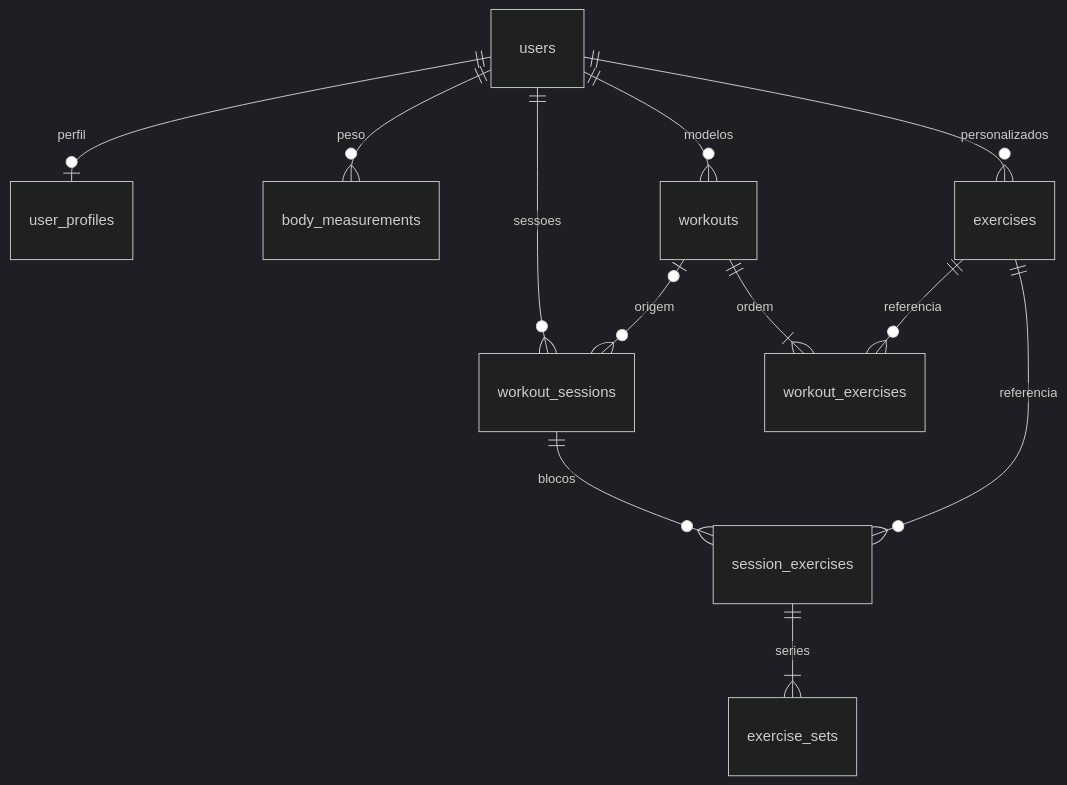
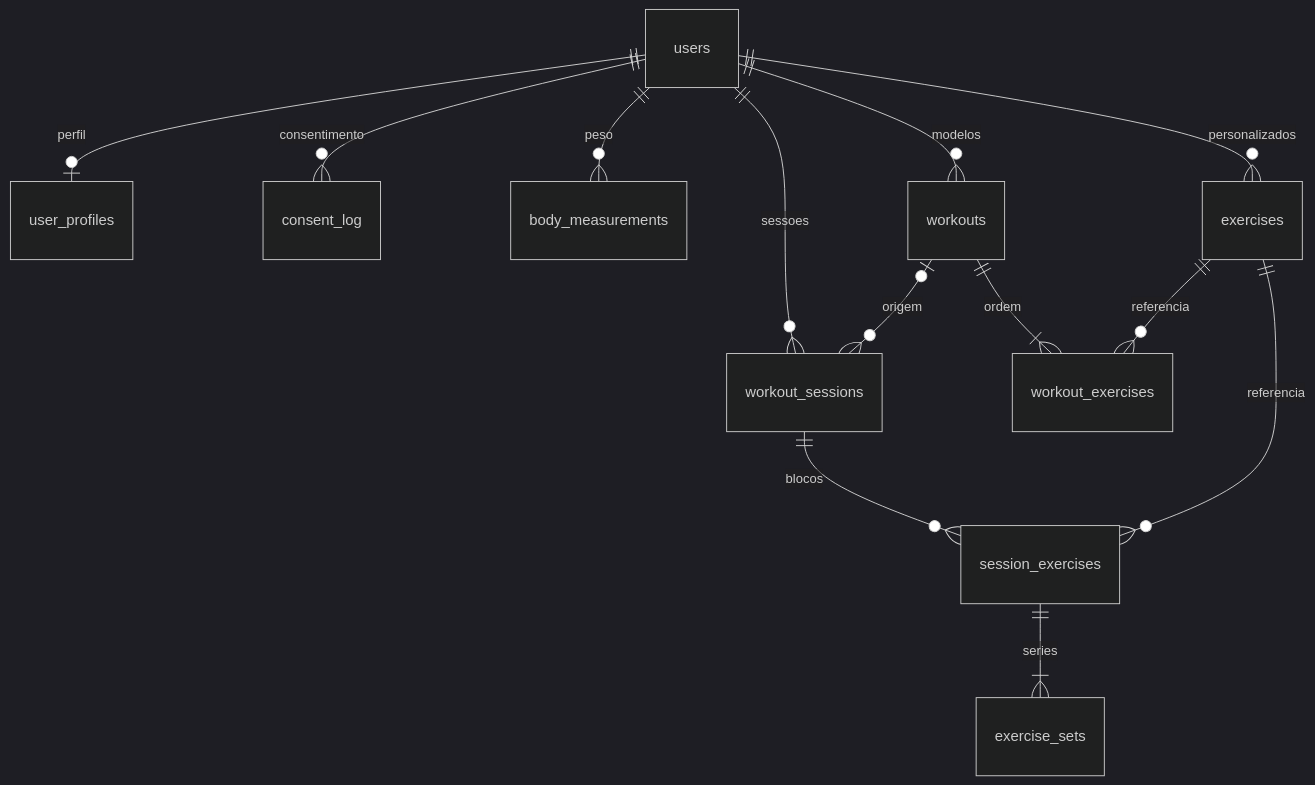
One commit to leduardo99/gym-easy changed the diagram in README.md. Above: the diagram before and after it, drawn with Mermaid (dark theme). The commit also changed other lines of this file and 16 other files, not shown here.

````diff
--- a/README.md
+++ b/README.md
@@ -51,14 +51,15 @@
 ```mermaid
 erDiagram
   users ||--o| user_profiles : perfil
+  users ||--o{ consent_log : consentimento
   users ||--o{ body_measurements : peso
   users ||--o{ exercises : personalizados
   users ||--o{ workouts : modelos
   users ||--o{ workout_sessions : sessoes
   workouts ||--|{ workout_exercises : ordem
   exercises ||--o{ workout_exercises : referencia
   workouts o|--o{ workout_sessions : origem
   workout_sessions ||--o{ session_exercises : blocos
   exercises ||--o{ session_exercises : referencia
   session_exercises ||--|{ exercise_sets : series
 ```
````
